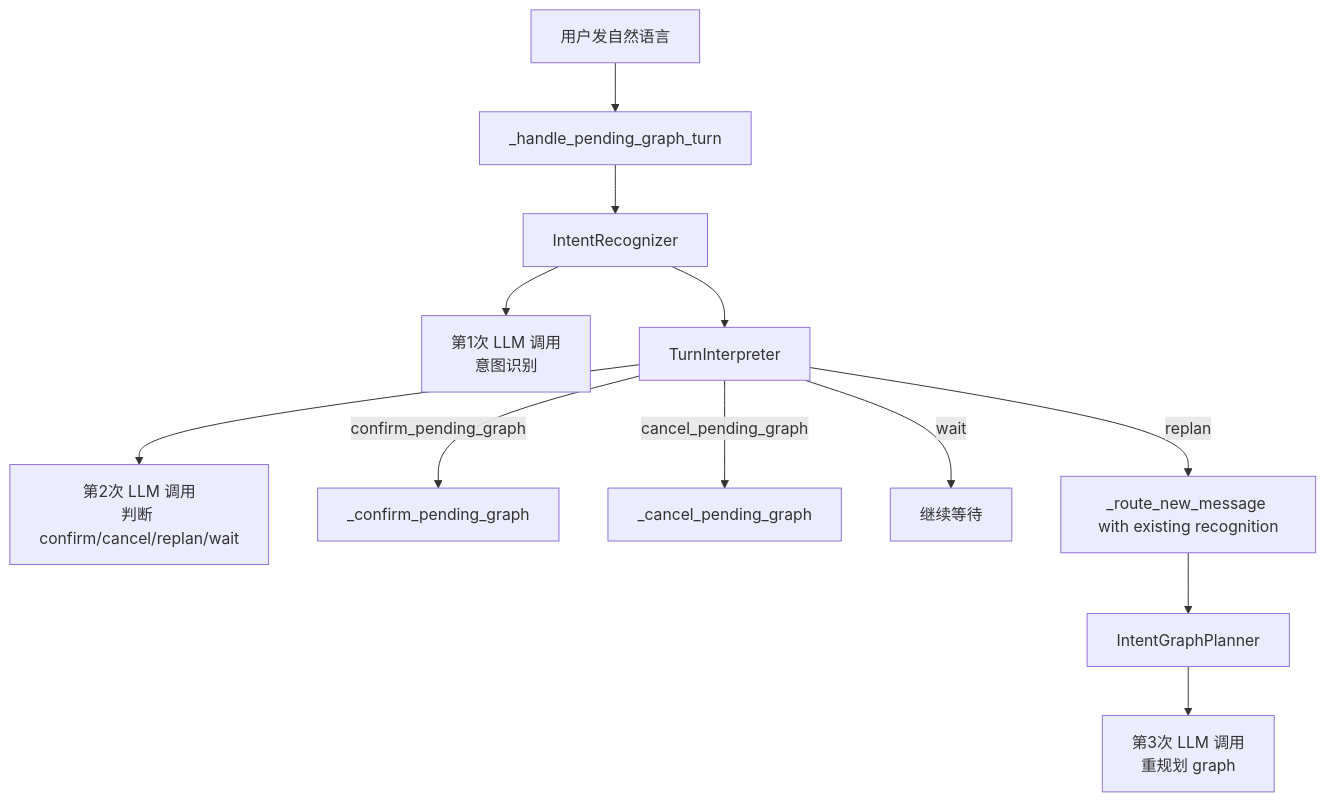
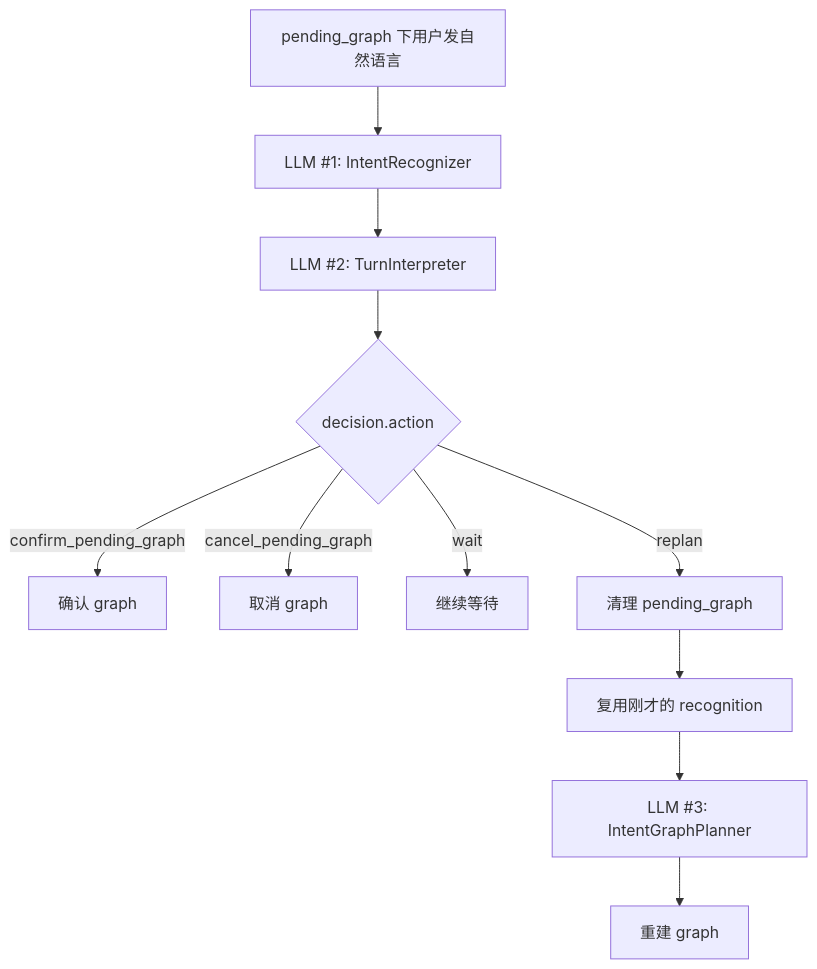
One commit to corelli359/intent-router changed the fifth of 5 diagrams in docs/v2-llm-call-flow.md. Above: the diagram before and after it, drawn with Mermaid. The commit also changed other lines of this file, not shown here.

Commit message:
docs: clarify v2 router llm flow

````diff
--- a/docs/v2-llm-call-flow.md
+++ b/docs/v2-llm-call-flow.md
@@ -142,15 +323,13 @@
 ```mermaid
 flowchart TD
-    A[用户发自然语言] --> B[_handle_pending_graph_turn]
-    B --> C[IntentRecognizer]
-    C --> C1[第1次 LLM 调用\n意图识别]
-    C --> D[TurnInterpreter]
-    D --> D1[第2次 LLM 调用\n判断 confirm/cancel/replan/wait]
-
-    D -->|confirm_pending_graph| E[_confirm_pending_graph]
-    D -->|cancel_pending_graph| F[_cancel_pending_graph]
+    A[pending_graph 下用户发自然语言] --> B[LLM #1: IntentRecognizer]
+    B --> C[LLM #2: TurnInterpreter]
+    C --> D{decision.action}
+    D -->|confirm_pending_graph| E[确认 graph]
+    D -->|cancel_pending_graph| F[取消 graph]
     D -->|wait| G[继续等待]
-    D -->|replan| H[_route_new_message with existing recognition]
-    H --> I[IntentGraphPlanner]
-    I --> I1[第3次 LLM 调用\n重规划 graph]
+    D -->|replan| H[清理 pending_graph]
+    H --> I[复用刚才的 recognition]
+    I --> J[LLM #3: IntentGraphPlanner]
+    J --> K[重建 graph]
 ```
````
